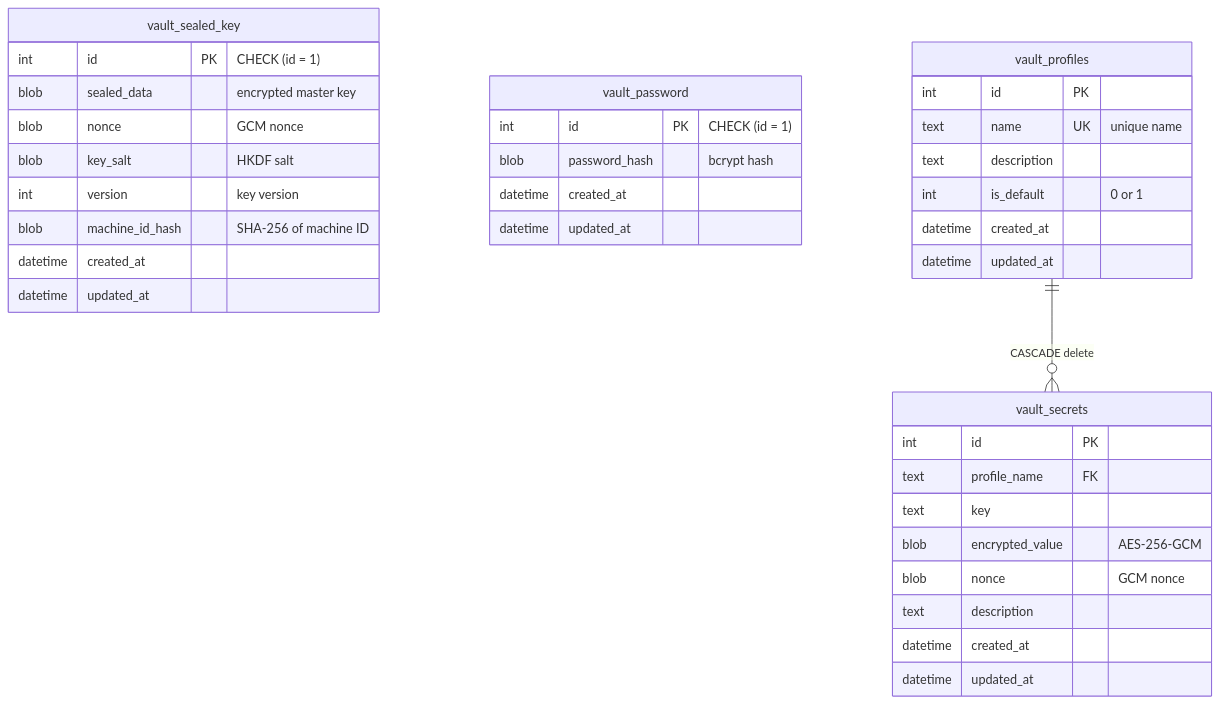
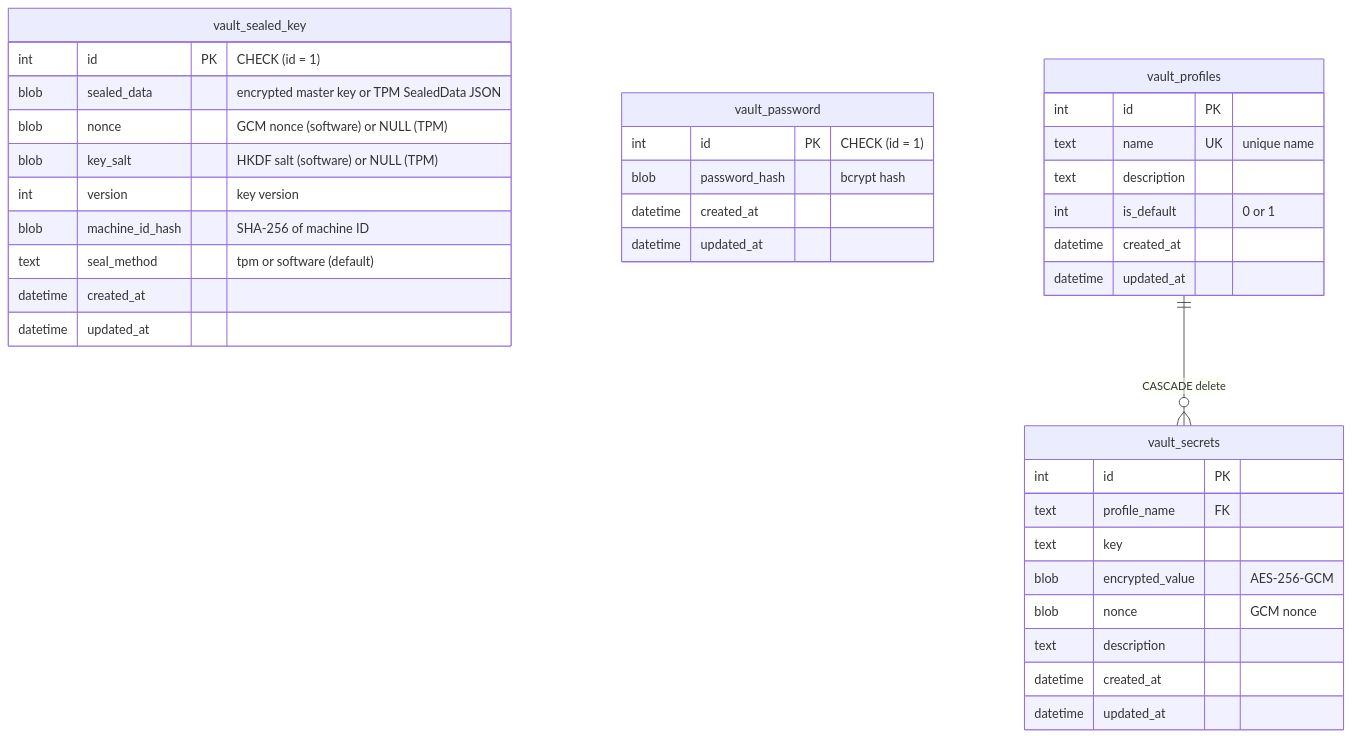
Before and after one commit to inovacc/anvil: the fourth of 14 diagrams in docs/ARCHITECTURE.md, drawn with Mermaid. The commit also changed other lines of this file, not shown here.

First line of the commit message:
docs: update ARCHITECTURE.md with TPM sealing diagrams

````diff
--- a/docs/ARCHITECTURE.md
+++ b/docs/ARCHITECTURE.md
@@ -111,42 +121,43 @@
 ```mermaid
 erDiagram
     vault_sealed_key {
         int id PK "CHECK (id = 1)"
-        blob sealed_data "encrypted master key"
-        blob nonce "GCM nonce"
-        blob key_salt "HKDF salt"
+        blob sealed_data "encrypted master key or TPM SealedData JSON"
+        blob nonce "GCM nonce (software) or NULL (TPM)"
+        blob key_salt "HKDF salt (software) or NULL (TPM)"
         int version "key version"
         blob machine_id_hash "SHA-256 of machine ID"
+        text seal_method "tpm or software (default)"
         datetime created_at
         datetime updated_at
     }
 
     vault_password {
         int id PK "CHECK (id = 1)"
         blob password_hash "bcrypt hash"
         datetime created_at
         datetime updated_at
     }
 
     vault_profiles {
         int id PK
         text name UK "unique name"
         text description
         int is_default "0 or 1"
         datetime created_at
         datetime updated_at
     }
 
     vault_secrets {
         int id PK
         text profile_name FK
         text key
         blob encrypted_value "AES-256-GCM"
         blob nonce "GCM nonce"
         text description
         datetime created_at
         datetime updated_at
     }
 
     vault_profiles ||--o{ vault_secrets : "CASCADE delete"
 ```
````
